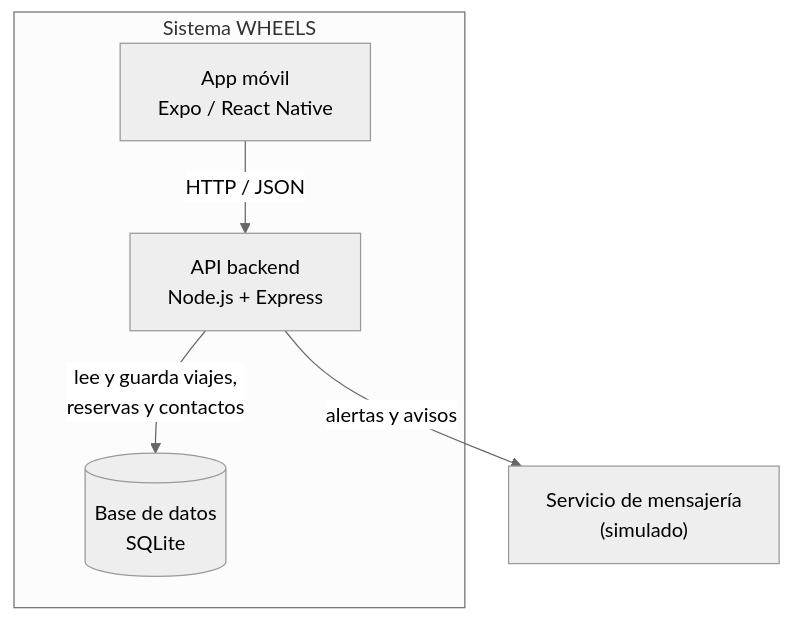
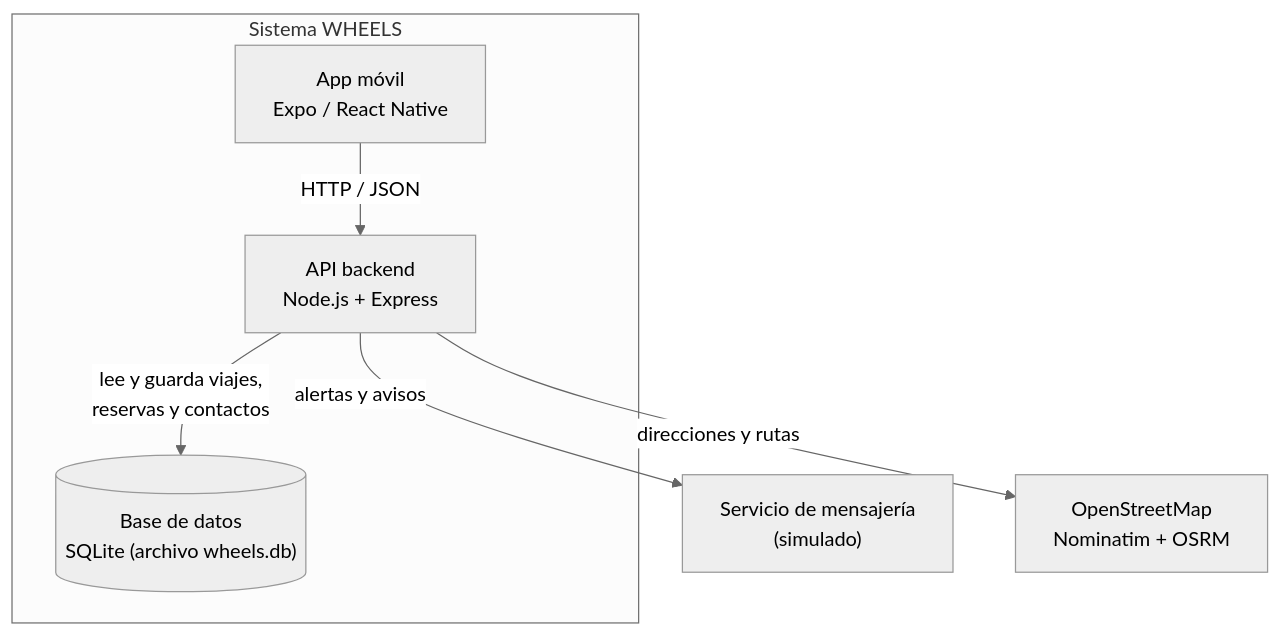
One commit to DanielForero14/Wheels-alternative changed the third of 4 diagrams in docs/arquitectura.md. Above: the diagram before and after it, drawn with Mermaid (neutral theme). The commit also changed other lines of this file and 111 other files, not shown here.

````diff
--- a/docs/arquitectura.md
+++ b/docs/arquitectura.md
@@ -127,13 +131,14 @@
 ```mermaid
 flowchart TB
     subgraph WHEELS["Sistema WHEELS"]
         App["App móvil<br/>Expo / React Native"]
         API["API backend<br/>Node.js + Express"]
-        BD[("Base de datos<br/>SQLite")]
+        BD[("Base de datos<br/>SQLite (archivo wheels.db)")]
     end
     Mensajeria["Servicio de mensajería<br/>(simulado)"]
 
     App -->|HTTP / JSON| API
     API -->|lee y guarda viajes,<br/>reservas y contactos| BD
     API -->|alertas y avisos| Mensajeria
+    API -->|direcciones y rutas| Mapas["OpenStreetMap<br/>Nominatim + OSRM"]
 ```
````
